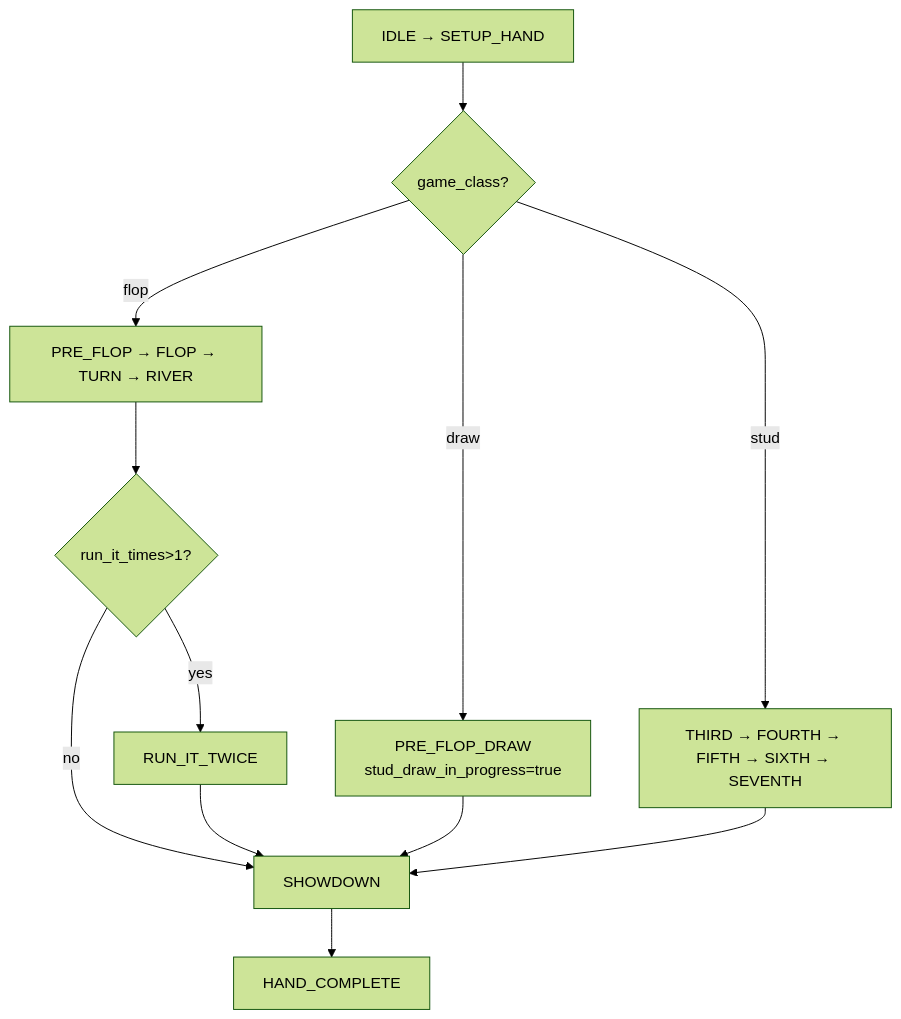
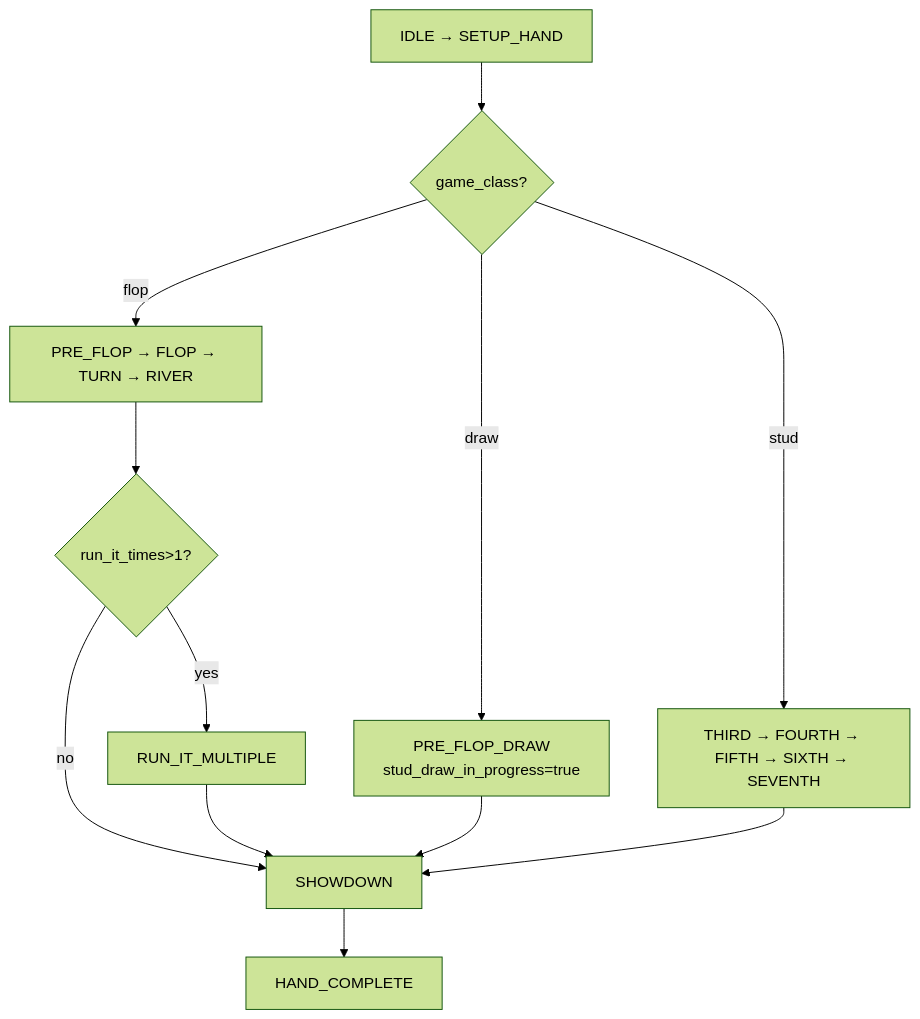
Before and after one commit to garimto81/ebs_github: the fourth of 9 diagrams in docs/1. Product/Command_Center.md, drawn with Mermaid (forest theme). The commit also changed other lines of this file and 2 other files, not shown here.

First line of the commit message:
docs(prd): code-driven cascade — RUN_IT_TWICE → runItMultiple 명명 통일 + runItTwiceShare 명시화

````diff
--- a/docs/1. Product/Command_Center.md
+++ b/docs/1. Product/Command_Center.md
@@ -387,14 +391,14 @@
 ```mermaid
 flowchart TB
     A[IDLE → SETUP_HAND] --> B{game_class?}
     B -- flop --> F[PRE_FLOP → FLOP → TURN → RIVER]
     B -- draw --> D[PRE_FLOP_DRAW<br/>stud_draw_in_progress=true]
     B -- stud --> S[THIRD → FOURTH → FIFTH → SIXTH → SEVENTH]
     F --> RIT{run_it_times>1?}
-    RIT -- yes --> RIT2[RUN_IT_TWICE]
+    RIT -- yes --> RIT2[RUN_IT_MULTIPLE]
     RIT -- no --> SD[SHOWDOWN]
     RIT2 --> SD
     D --> SD
     S --> SD
     SD --> COMPLETE[HAND_COMPLETE]
 ```
````
